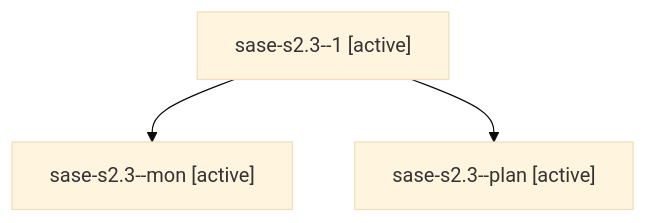
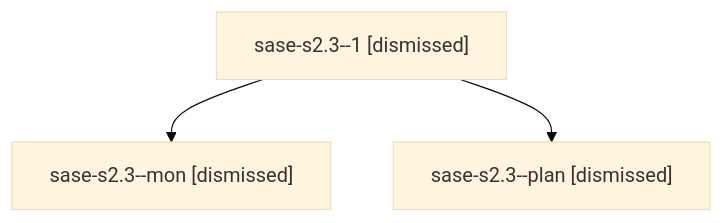
One commit to sase-org/sase--agents changed the diagram in sessions/bbugyi200.athena.sase-s2.3.md. Above: the diagram before and after it, drawn with Mermaid (base theme). The commit also changed other lines of this file and 97 other files, not shown here.

````diff
--- a/sessions/bbugyi200.athena.sase-s2.3.md
+++ b/sessions/bbugyi200.athena.sase-s2.3.md
@@ -9,8 +9,8 @@
 ```mermaid
 flowchart TD
-  n0["sase-s2.3--1 [active]"]
-  n1["sase-s2.3--mon [active]"]
+  n0["sase-s2.3--1 [dismissed]"]
+  n1["sase-s2.3--mon [dismissed]"]
   n0 --> n1
-  n2["sase-s2.3--plan [active]"]
+  n2["sase-s2.3--plan [dismissed]"]
   n0 --> n2
 ```
````
